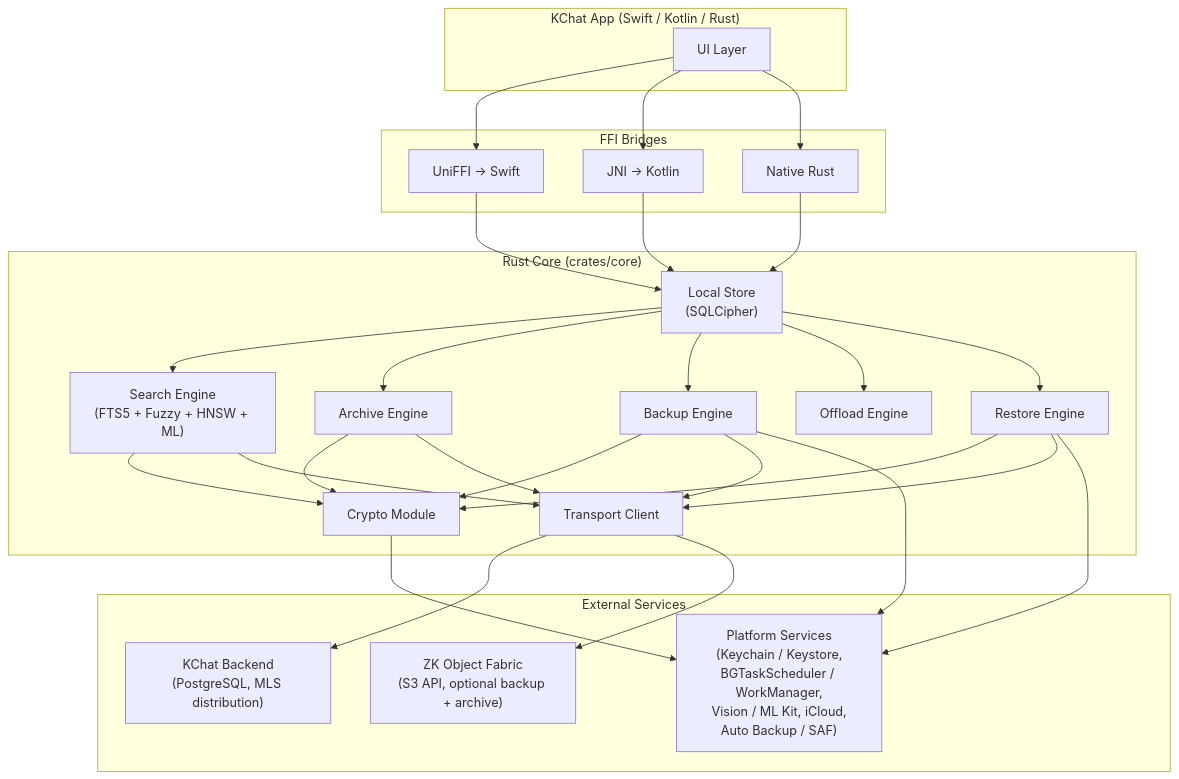
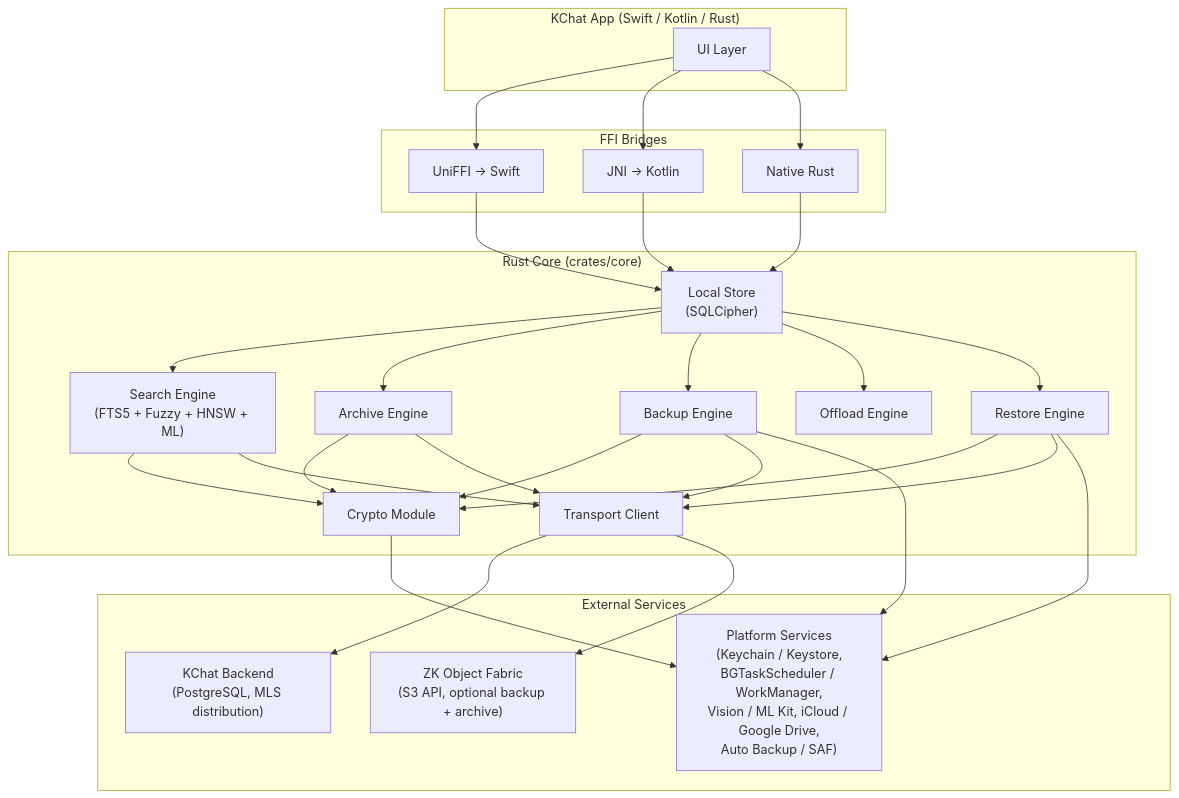
Before and after one commit to kennguy3n/chat-storage-search: the first of 30 diagrams in docs/ARCHITECTURE.md, drawn with Mermaid. The commit also changed other lines of this file and 14 other files, not shown here.

````diff
--- a/docs/ARCHITECTURE.md
+++ b/docs/ARCHITECTURE.md
@@ -23,59 +23,59 @@
 ```mermaid
 flowchart TD
     subgraph Apps["KChat App (Swift / Kotlin / Rust)"]
         UI["UI Layer"]
     end
 
     subgraph FFI["FFI Bridges"]
         Swift["UniFFI &rarr; Swift"]
         Kotlin["JNI &rarr; Kotlin"]
         Native["Native Rust"]
     end
 
     subgraph Core["Rust Core (crates/core)"]
         LocalStore["Local Store<br/>(SQLCipher)"]
         Search["Search Engine<br/>(FTS5 + Fuzzy + HNSW + ML)"]
         Archive["Archive Engine"]
         Backup["Backup Engine"]
         Offload["Offload Engine"]
         Restore["Restore Engine"]
         Crypto["Crypto Module"]
         Transport["Transport Client"]
     end
 
     subgraph External["External Services"]
         BE["KChat Backend<br/>(PostgreSQL, MLS distribution)"]
         ZKOF["ZK Object Fabric<br/>(S3 API, optional backup + archive)"]
-        Platform["Platform Services<br/>(Keychain / Keystore,<br/>BGTaskScheduler / WorkManager,<br/>Vision / ML Kit, iCloud,<br/>Auto Backup / SAF)"]
+        Platform["Platform Services<br/>(Keychain / Keystore,<br/>BGTaskScheduler / WorkManager,<br/>Vision / ML Kit, iCloud / Google Drive,<br/>Auto Backup / SAF)"]
     end
 
     UI --> Swift
     UI --> Kotlin
     UI --> Native
 
     Swift --> LocalStore
     Kotlin --> LocalStore
     Native --> LocalStore
 
     LocalStore --> Search
     LocalStore --> Archive
     LocalStore --> Backup
     LocalStore --> Offload
     LocalStore --> Restore
 
     Archive --> Crypto
     Backup --> Crypto
     Search --> Crypto
     Restore --> Crypto
 
     Archive --> Transport
     Backup --> Transport
     Restore --> Transport
     Search --> Transport
 
     Transport --> BE
     Transport --> ZKOF
     Crypto --> Platform
     Backup --> Platform
     Restore --> Platform
 ```
````
